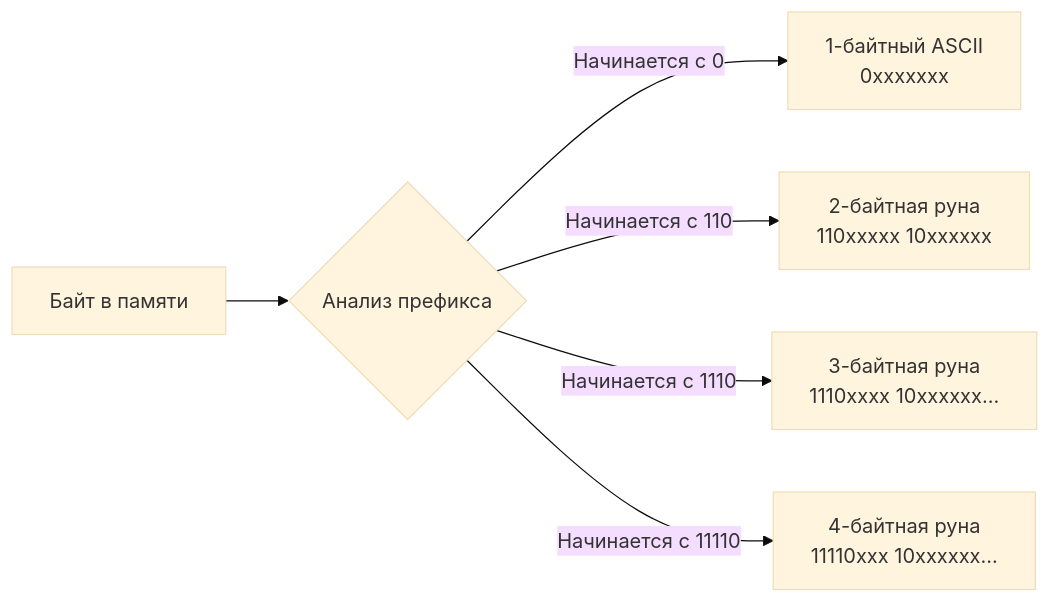
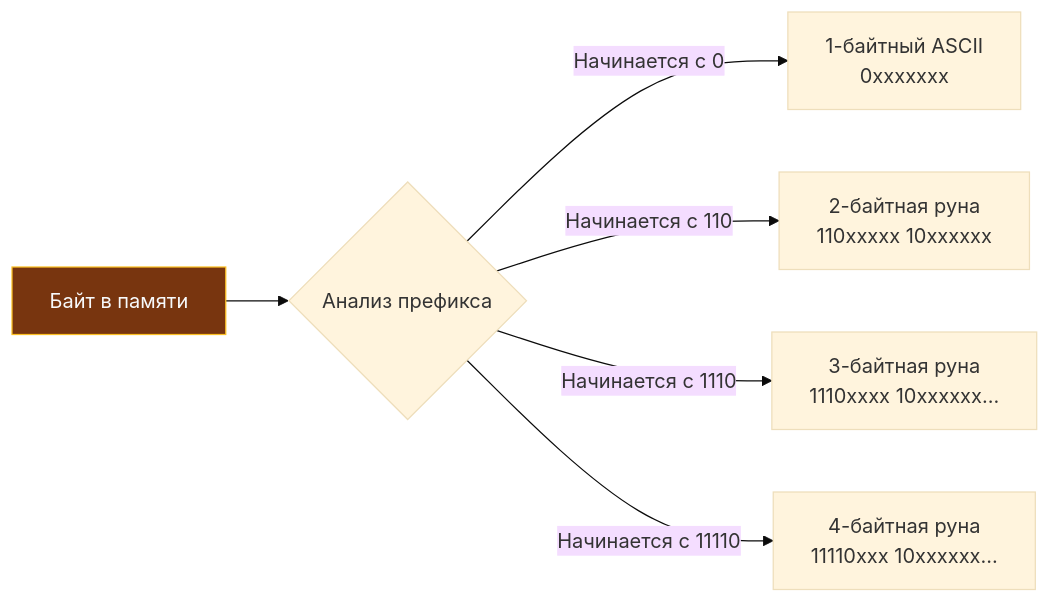
Before and after one commit to UnrealTemplier/go-textbook: the diagram in sources/5. Учебник по Go (Основы и синтаксис)/7. Rune, Byte и Unicode в Go.md, drawn with Mermaid (base theme). The commit also changed 1666 other files, not shown here.

First line of the commit message:
feat(mermaid): add semantic color classDef to 1369 colorless flowchart/graph diagrams

````diff
--- a/sources/5. Учебник по Go (Основы и синтаксис)/7. Rune, Byte и Unicode в Go.md
+++ b/sources/5. Учебник по Go (Основы и синтаксис)/7. Rune, Byte и Unicode в Go.md
@@ -118,8 +118,18 @@
 ```mermaid
 flowchart LR
-    Byte1["Байт в памяти"] --> Check{"Анализ префикса"}
+    classDef process  fill:#1e293b,stroke:#38bdf8,stroke-width:1px,color:#f8fafc
+    classDef success  fill:#064e3b,stroke:#34d399,stroke-width:1px,color:#f8fafc
+    classDef error    fill:#7f1d1d,stroke:#f87171,stroke-width:1px,color:#f8fafc
+    classDef warning  fill:#78350f,stroke:#fbbf24,stroke-width:1px,color:#f8fafc
+    classDef entry    fill:#1e3a5f,stroke:#38bdf8,stroke-width:2px,color:#f8fafc
+    classDef aux      fill:#334155,stroke:#64748b,stroke-width:1px,color:#f8fafc
+    classDef system   fill:#312e81,stroke:#a78bfa,stroke-width:1px,color:#f8fafc
+    classDef data     fill:#132d29,stroke:#2dd4bf,stroke-width:1px,color:#f8fafc
+    classDef network  fill:#881337,stroke:#fb7185,stroke-width:1px,color:#f8fafc
+    classDef accent   fill:#1e1b4b,stroke:#818cf8,stroke-width:1px,color:#f8fafc
+    Byte1["Байт в памяти"]:::warning --> Check{"Анализ префикса"}
     Check -->|Начинается с 0| ASCII["1-байтный ASCII<br>0xxxxxxx"]
     Check -->|Начинается с 110| Cyrillic["2-байтная руна<br>110xxxxx 10xxxxxx"]
     Check -->|Начинается с 1110| Asian["3-байтная руна<br>1110xxxx 10xxxxxx..."]
     Check -->|Начинается с 11110| Emoji["4-байтная руна<br>11110xxx 10xxxxxx..."]
 ```
````
